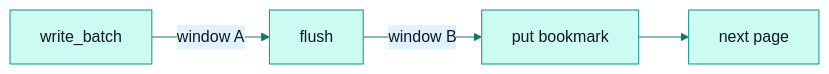
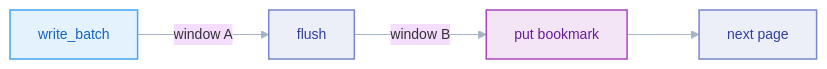
One commit to PawanSikawat/faucet-stream changed the first of 2 diagrams in docs/architecture/recovery.md. Above: the diagram before and after it, drawn with Mermaid. The commit also changed other lines of this file and 28 other files, not shown here.

First line of the commit message:
docs: upgrade Mermaid diagrams to V2 role-coded style

````diff
--- a/docs/architecture/recovery.md
+++ b/docs/architecture/recovery.md
@@ -18,6 +18,12 @@
 ```mermaid
-%%{init: {'theme':'base','themeVariables':{'primaryColor':'#ccfbf1','primaryTextColor':'#0f172a','primaryBorderColor':'#0d9488','lineColor':'#0f766e','secondaryColor':'#e0f2fe','tertiaryColor':'#f0fdfa','fontFamily':'-apple-system,BlinkMacSystemFont,Segoe UI,sans-serif'}}}%%
+%%{init: {'theme':'base','flowchart':{'curve':'basis','nodeSpacing':50,'rankSpacing':72,'padding':14},'themeVariables':{'fontFamily':'-apple-system,BlinkMacSystemFont,Segoe UI,sans-serif','fontSize':'14px','lineColor':'#a5b4c4','clusterBkg':'#f8fafc','clusterBorder':'#e2e8f0'}}}%%
 flowchart LR
     W[write_batch] -->|window A| F[flush] -->|window B| P[put bookmark]
     P --> NEXT[next page]
+    classDef proc fill:#eceff8,stroke:#7986cb,stroke-width:1.5px,color:#303f9f
+    classDef store fill:#f3e5f5,stroke:#ab47bc,stroke-width:1.5px,color:#6a1b9a
+    classDef sink fill:#e3f2fd,stroke:#42a5f5,stroke-width:1.5px,color:#1565c0
+    class F,NEXT proc
+    class P store
+    class W sink
 ```
````
